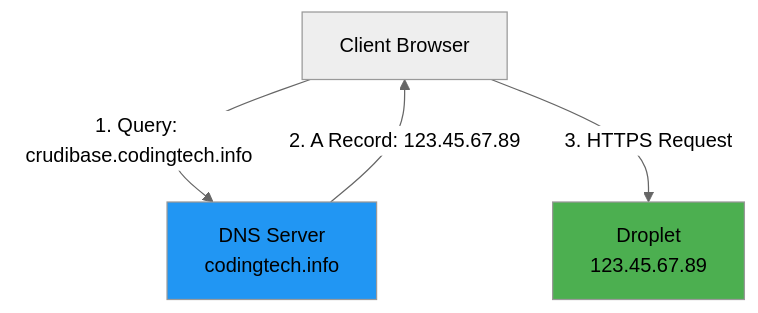
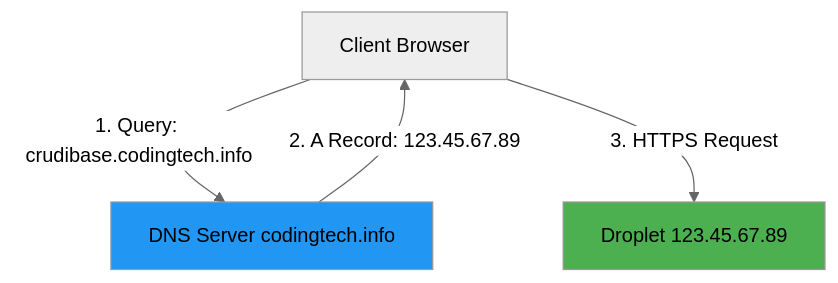
One commit to softwarewrighter/ssl-proxy-for-do changed the sixth of 9 diagrams in wiki/Network-Architecture.md. Above: the diagram before and after it, drawn with Mermaid (neutral theme). The commit also changed other lines of this file and 7 other files, not shown here.

First line of the commit message:
Fix wiki Mermaid diagrams: remove remaining <br/> tags

````diff
--- a/wiki/Network-Architecture.md
+++ b/wiki/Network-Architecture.md
@@ -402,13 +402,13 @@
 ```mermaid
 graph TB
     Client[Client Browser]
-    DNS[DNS Server<br/>codingtech.info]
-    Droplet[Droplet<br/>123.45.67.89]
+    DNS[DNS Server codingtech.info]
+    Droplet[Droplet 123.45.67.89]
 
     Client -->|1. Query: crudibase.codingtech.info| DNS
     DNS -->|2. A Record: 123.45.67.89| Client
     Client -->|3. HTTPS Request| Droplet
 
     style DNS fill:#2196F3
     style Droplet fill:#4CAF50
 ```
````
